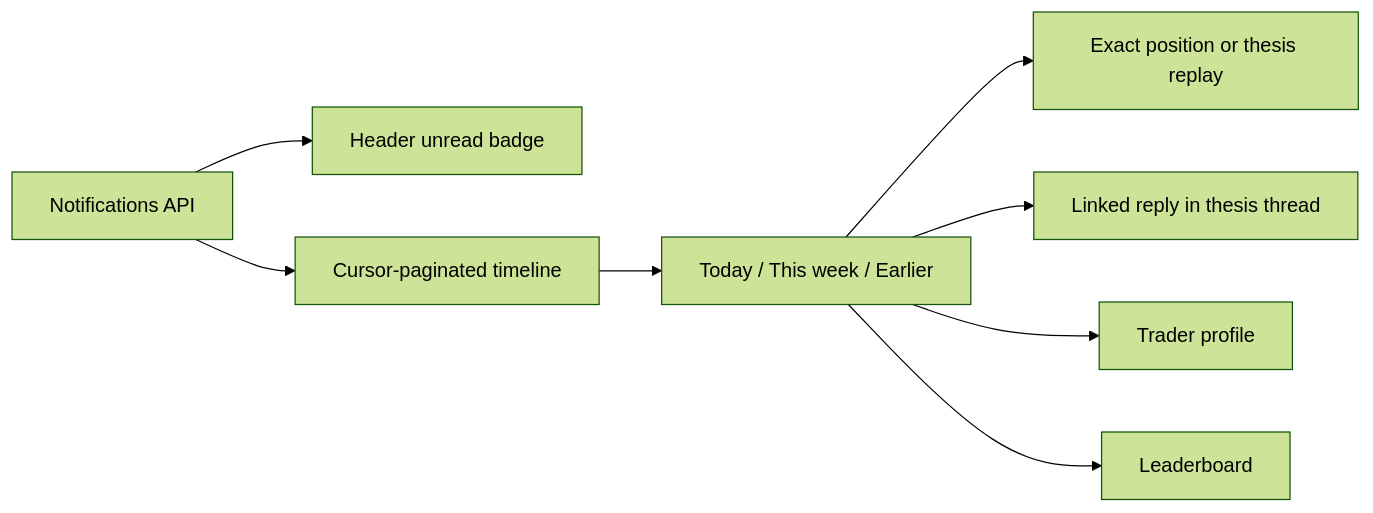
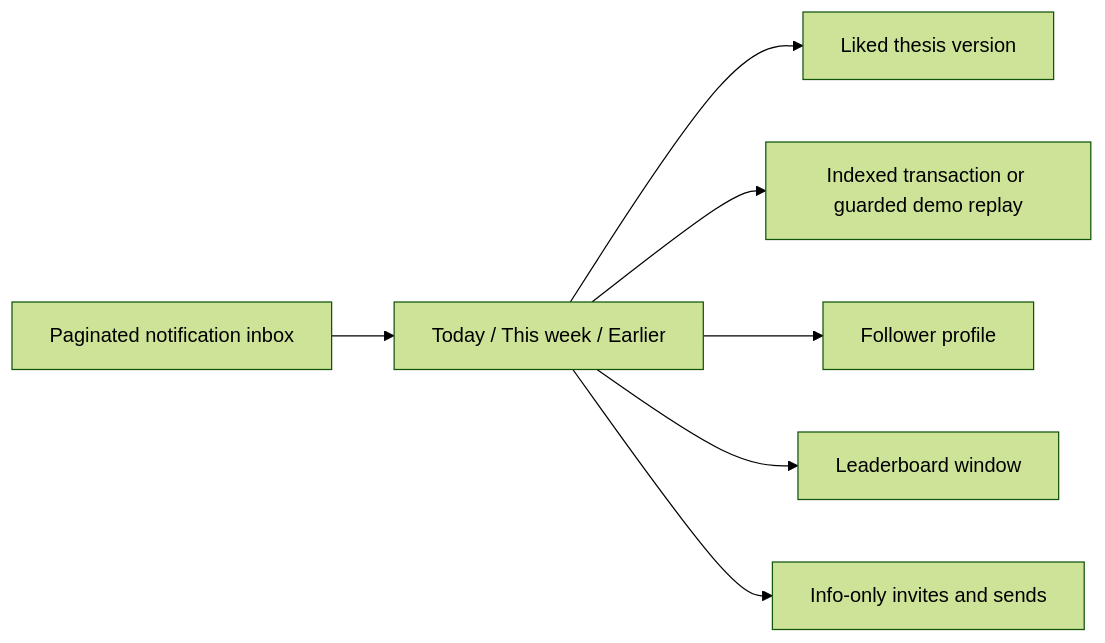
The first of 2 diagrams in docs/notifications.md (jog01/agele-web), drawn with Mermaid (forest theme) before and after one commit. The commit also changed other lines of this file and 9 other files, not shown here.

Commit message:
feat(notifications): integrate backend inbox and alerts

````diff
--- a/docs/notifications.md
+++ b/docs/notifications.md
@@ -10,10 +8,9 @@
 ```mermaid
 flowchart LR
-  API["Notifications API"] --> Count["Header unread badge"]
-  API --> Timeline["Cursor-paginated timeline"]
-  Timeline --> Groups["Today / This week / Earlier"]
-  Groups --> Replay["Exact position or thesis replay"]
-  Groups --> Comment["Linked reply in thesis thread"]
-  Groups --> Profile["Trader profile"]
-  Groups --> Leaderboard["Leaderboard"]
+  API["Paginated notification inbox"] --> Timeline["Today / This week / Earlier"]
+  Timeline --> Thesis["Liked thesis version"]
+  Timeline --> Trade["Indexed transaction or guarded demo replay"]
+  Timeline --> Profile["Follower profile"]
+  Timeline --> Leaderboard["Leaderboard window"]
+  Timeline --> Display["Info-only invites and sends"]
 ```
````
